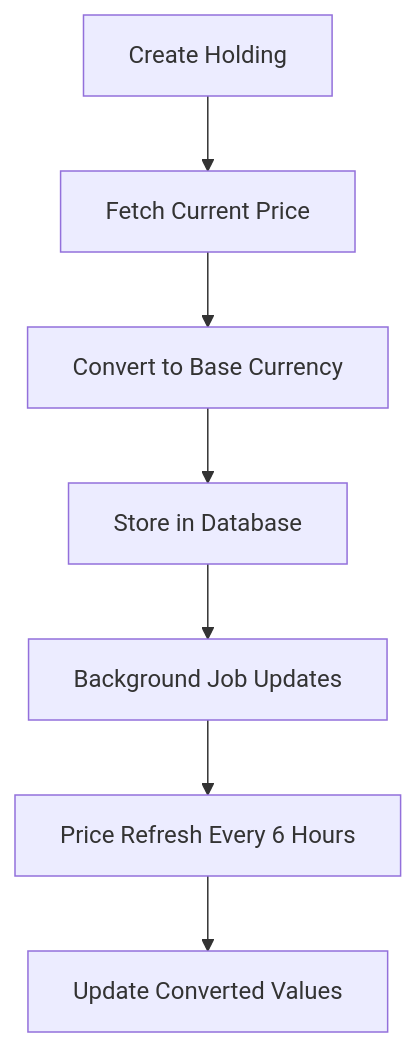
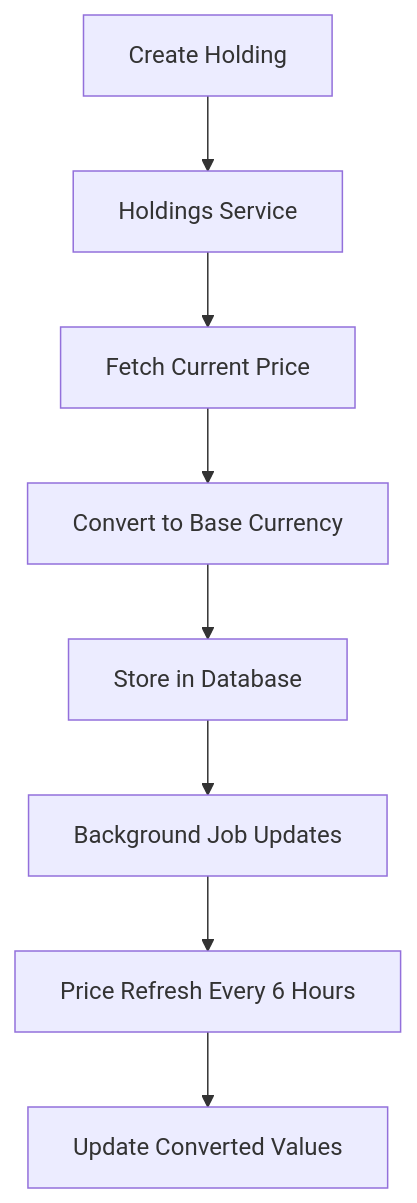
One commit to azeema11/azerro_backend changed the fourth of 7 diagrams in BACKEND_ARCHITECTURE.md. Above: the diagram before and after it, drawn with Mermaid. The commit also changed other lines of this file and 18 other files, not shown here.

````diff
--- a/BACKEND_ARCHITECTURE.md
+++ b/BACKEND_ARCHITECTURE.md
@@ -243,9 +360,10 @@
 ```mermaid
 graph TD
-    A[Create Holding] --> B[Fetch Current Price]
-    B --> C[Convert to Base Currency]
-    C --> D[Store in Database]
-    D --> E[Background Job Updates]
-    E --> F[Price Refresh Every 6 Hours]
-    F --> G[Update Converted Values]
+    A[Create Holding] --> B[Holdings Service]
+    B --> C[Fetch Current Price]
+    C --> D[Convert to Base Currency]
+    D --> E[Store in Database]
+    E --> F[Background Job Updates]
+    F --> G[Price Refresh Every 6 Hours]
+    G --> H[Update Converted Values]
 ```
````
